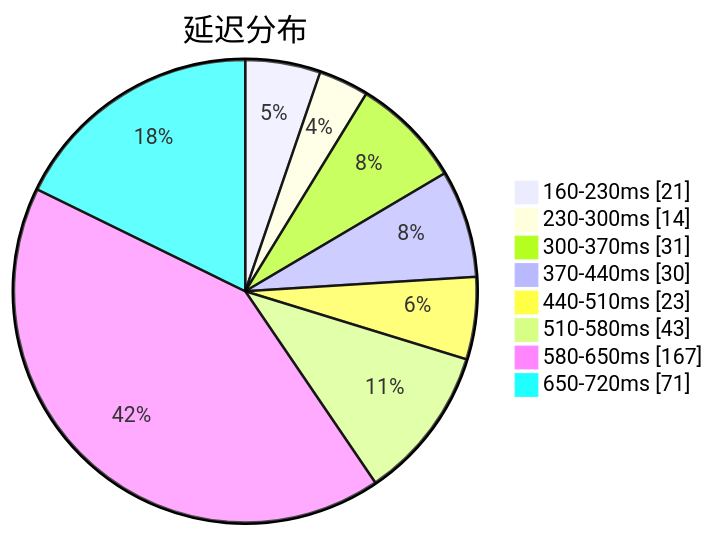
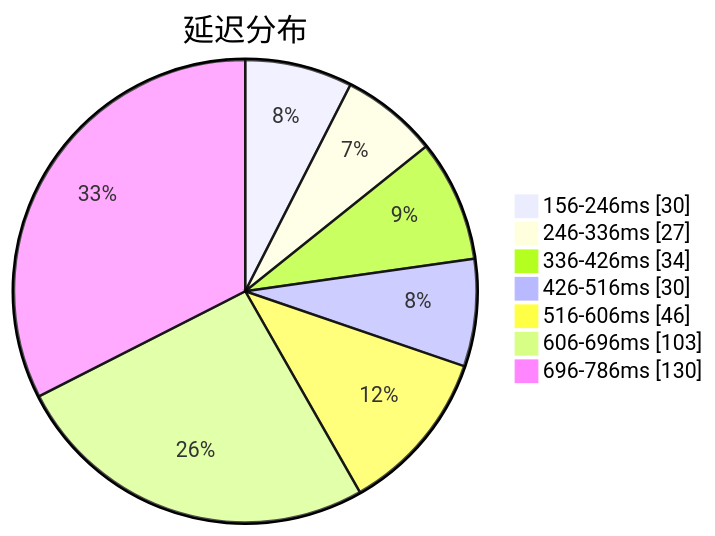
Before and after one commit to qjlxg/airport: the first of 3 diagrams in subs/statistics/tested_within.md, drawn with Mermaid. The commit also changed other lines of this file and 2 other files, not shown here.

Commit message:
Tested by metaST

````diff
--- a/subs/statistics/tested_within.md
+++ b/subs/statistics/tested_within.md
@@ -2,12 +2,11 @@
 ```mermaid
 pie showData
 title 延迟分布
-"160-230ms" : 21
-"230-300ms" : 14
-"300-370ms" : 31
-"370-440ms" : 30
-"440-510ms" : 23
-"510-580ms" : 43
-"580-650ms" : 167
-"650-720ms" : 71
+"156-246ms" : 30
+"246-336ms" : 27
+"336-426ms" : 34
+"426-516ms" : 30
+"516-606ms" : 46
+"606-696ms" : 103
+"696-786ms" : 130
 ```
````
